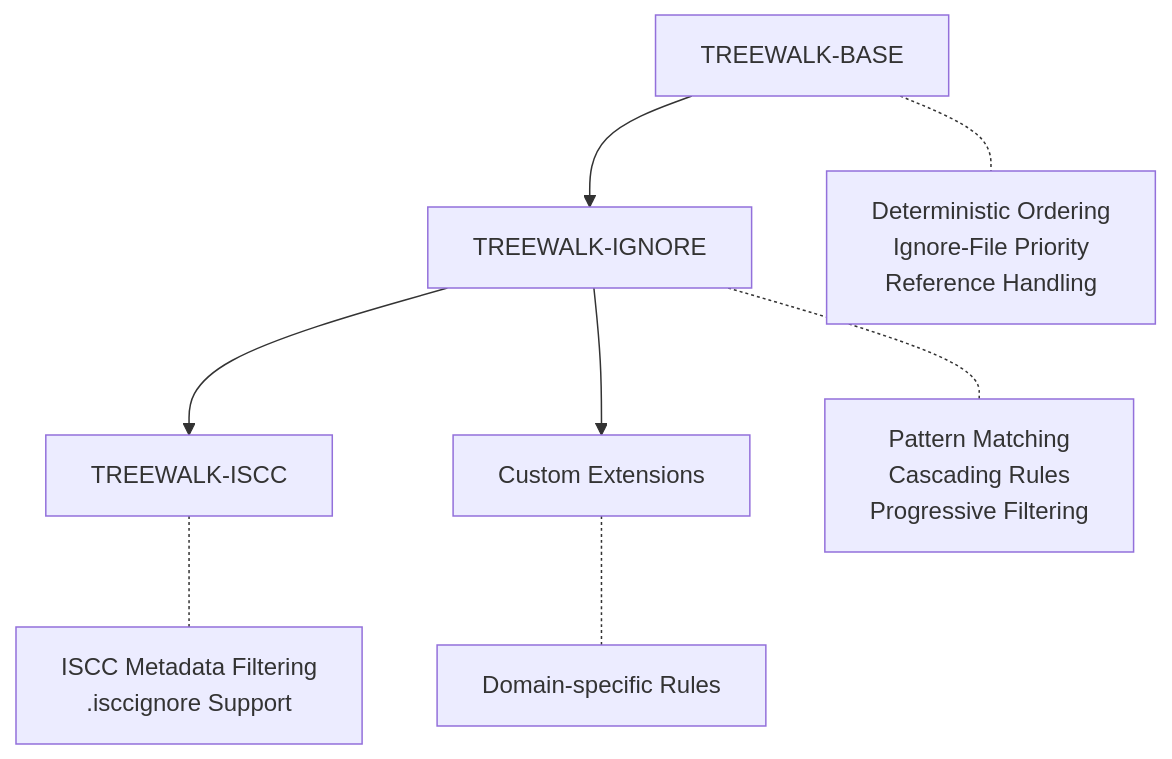
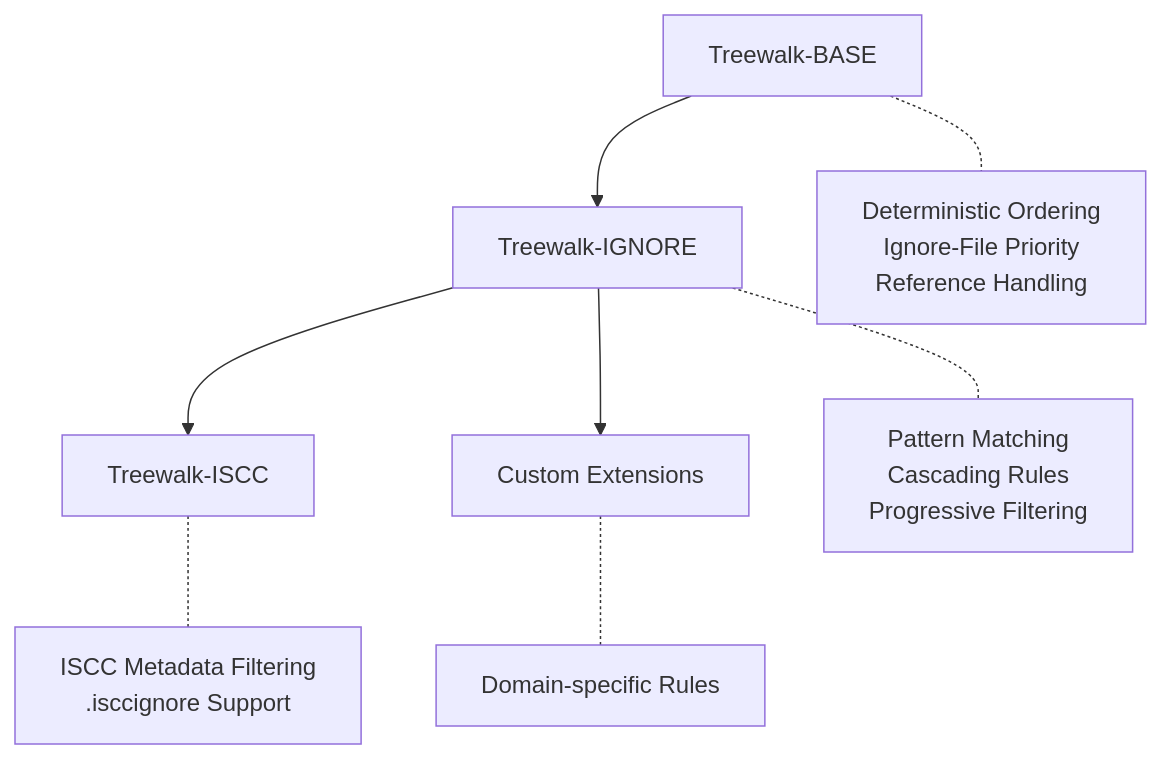
Before and after one commit to iscc/iscc-ieps: the diagram in ieps/iep-0017.md, drawn with Mermaid. The commit also changed other lines of this file and 1 other file, not shown here.

Commit message:
Rename TREEWALK to Treewalk in IEP-0017

````diff
--- a/ieps/iep-0017.md
+++ b/ieps/iep-0017.md
@@ -100,11 +100,11 @@
 ```mermaid
 graph TD
-    A[TREEWALK-BASE] --> B[TREEWALK-IGNORE]
-    B --> C[TREEWALK-ISCC]
+    A[Treewalk-BASE] --> B[Treewalk-IGNORE]
+    B --> C[Treewalk-ISCC]
     B --> D[Custom Extensions]
 
     A -.- E[Deterministic Ordering<br/>Ignore-File Priority<br/>Reference Handling]
     B -.- F[Pattern Matching<br/>Cascading Rules<br/>Progressive Filtering]
     C -.- G[ISCC Metadata Filtering<br/>.isccignore Support]
     D -.- H[Domain-specific Rules]
 ```
````
